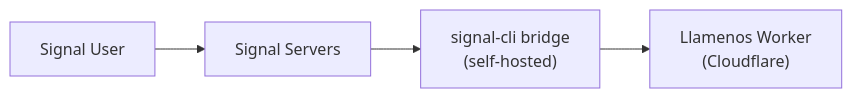
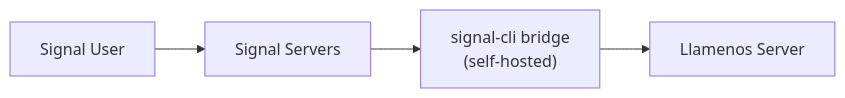
One commit to rhonda-rodododo/llamenos-hotline changed the diagram in site/src/content/docs/en/setup-signal.md. Above: the diagram before and after it, drawn with Mermaid. The commit also changed other lines of this file and 101 other files, not shown here.

````diff
--- a/site/src/content/docs/en/setup-signal.md
+++ b/site/src/content/docs/en/setup-signal.md
@@ -17,6 +17,6 @@
 ```mermaid
 flowchart LR
     User["Signal User"] --> Servers["Signal Servers"]
     Servers --> Bridge["signal-cli bridge<br/>(self-hosted)"]
-    Bridge --> Worker["Llamenos Worker<br/>(Cloudflare)"]
+    Bridge --> Worker["Llamenos Server"]
 ```
````
